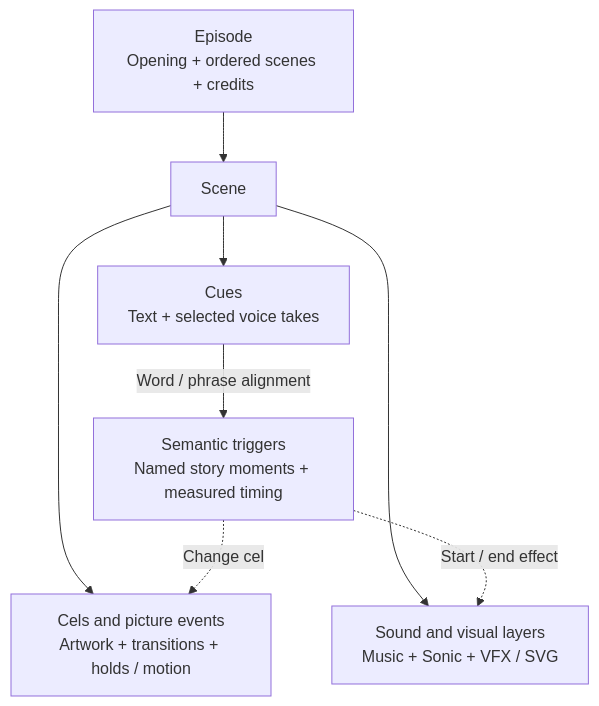
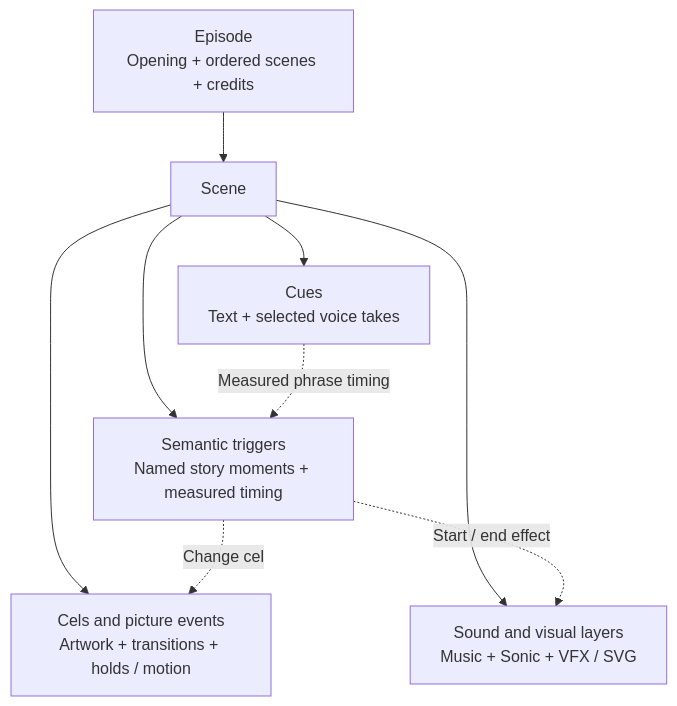
One commit to giodl73-repo/REEL changed the first of 2 diagrams in README.md. Above: the diagram before and after it, drawn with Mermaid. The commit also changed other lines of this file and 10 other files, not shown here.

````diff
--- a/README.md
+++ b/README.md
@@ -50,17 +50,20 @@
 ```mermaid
 flowchart TD
+    accTitle: Episode structure and authored semantic timing
+    accDescr: An episode contains scenes, cues, authored semantic triggers, cels and effect layers. Word alignment supplies performance timing for the authored cel and effect changes.
     episode["Episode<br/>Opening + ordered scenes + credits"]
     scene["Scene"]
     cues["Cues<br/>Text + selected voice takes"]
     triggers["Semantic triggers<br/>Named story moments + measured timing"]
     cels["Cels and picture events<br/>Artwork + transitions + holds / motion"]
     effects["Sound and visual layers<br/>Music + Sonic + VFX / SVG"]
 
     episode --> scene
     scene --> cues
+    scene --> triggers
     scene --> cels
     scene --> effects
-    cues -->|"Word / phrase alignment"| triggers
+    cues -. "Measured phrase timing" .-> triggers
     triggers -. "Change cel" .-> cels
     triggers -. "Start / end effect" .-> effects
 ```
````
